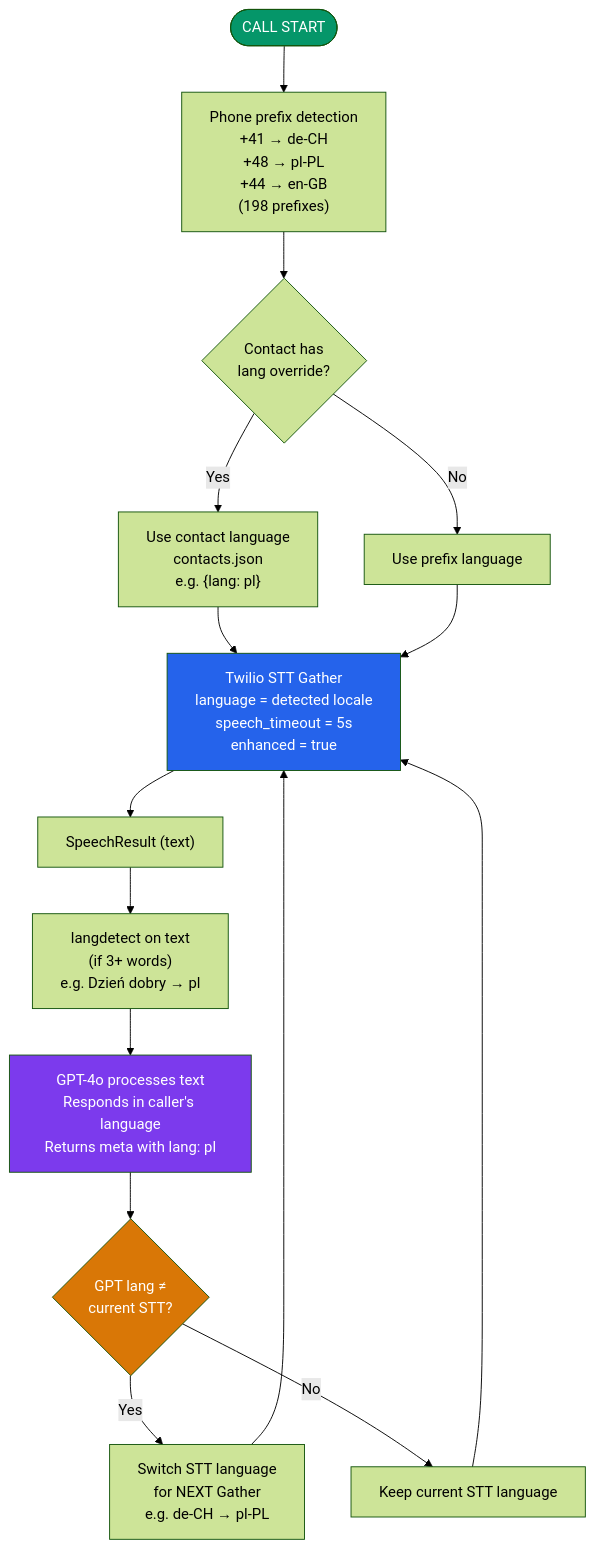
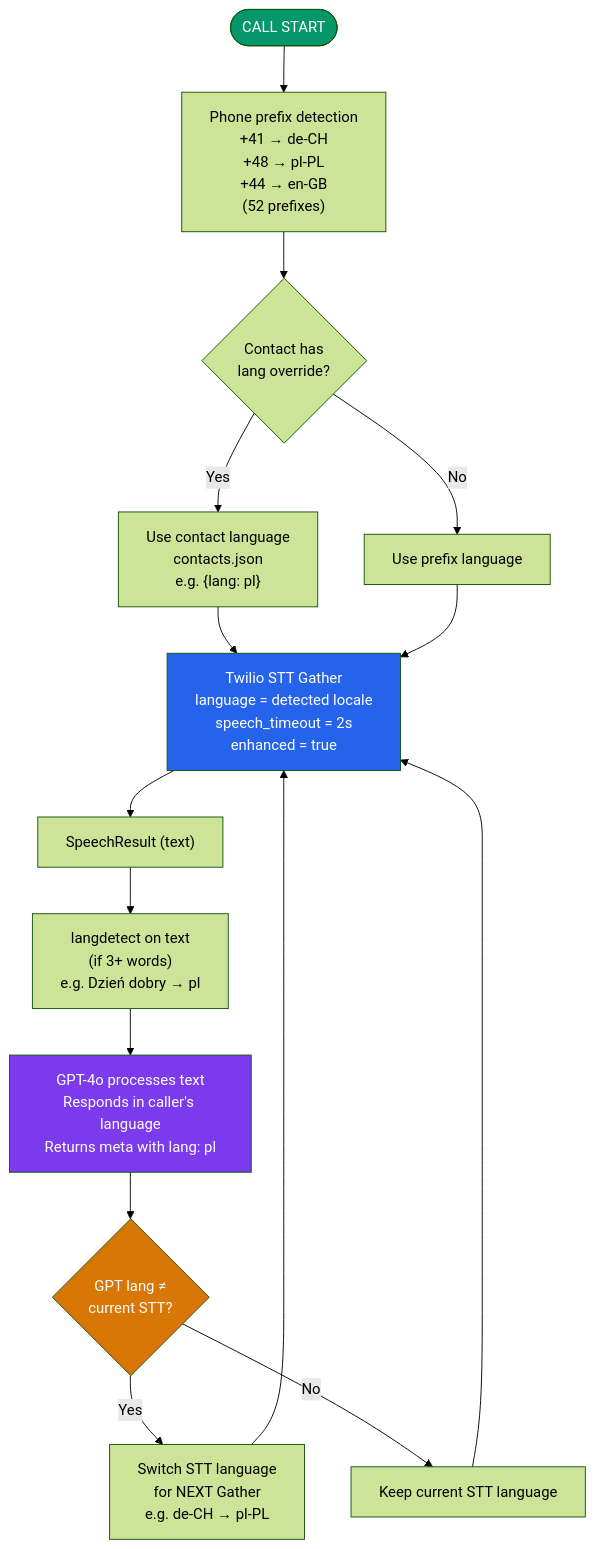
One commit to dzaczek/ava changed the third of 7 diagrams in README.md. Above: the diagram before and after it, drawn with Mermaid (forest theme). The commit also changed other lines of this file and 2 other files, not shown here.

Commit message:
docs: sync documentation with current codebase configuration
Updates the `speech_timeout` value from 5s to 2s in README.md,
docs/INSTALL_EN.md, and docs/INSTALL_PL.md to reflect the value set
in `app/main.py`.

Also updates the number of supported phone prefixes listed in README.md
from 198 to 52, syncing with the length of `PREFIX_MAP` in `app/contact_lookup.py`.

````diff
--- a/README.md
+++ b/README.md
@@ -179,30 +179,30 @@
 ```mermaid
 flowchart TD
-    Start([CALL START]) --> Prefix["Phone prefix detection<br/>+41 → de-CH<br/>+48 → pl-PL<br/>+44 → en-GB<br/>(198 prefixes)"]
+    Start([CALL START]) --> Prefix["Phone prefix detection<br/>+41 → de-CH<br/>+48 → pl-PL<br/>+44 → en-GB<br/>(52 prefixes)"]
 
     Prefix --> ContactCheck{Contact has<br/>lang override?}
     ContactCheck -->|Yes| ContactLang["Use contact language<br/>contacts.json<br/>e.g. {lang: pl}"]
     ContactCheck -->|No| PrefixLang["Use prefix language"]
 
     ContactLang --> Gather
     PrefixLang --> Gather
 
-    Gather["Twilio STT Gather<br/>language = detected locale<br/>speech_timeout = 5s<br/>enhanced = true"]
+    Gather["Twilio STT Gather<br/>language = detected locale<br/>speech_timeout = 2s<br/>enhanced = true"]
 
     Gather --> Speech["SpeechResult (text)"]
     Speech --> Detect["langdetect on text<br/>(if 3+ words)<br/>e.g. Dzień dobry → pl"]
 
     Detect --> GPT["GPT-4o processes text<br/>Responds in caller's language<br/>Returns meta with lang: pl"]
 
     GPT --> Switch{GPT lang ≠<br/>current STT?}
     Switch -->|Yes| Update["Switch STT language<br/>for NEXT Gather<br/>e.g. de-CH → pl-PL"]
     Switch -->|No| Keep["Keep current STT language"]
 
     Update --> Gather
     Keep --> Gather
 
     style Start fill:#059669,color:#fff
     style Gather fill:#2563eb,color:#fff
     style GPT fill:#7c3aed,color:#fff
     style Switch fill:#d97706,color:#fff
 ```
````
